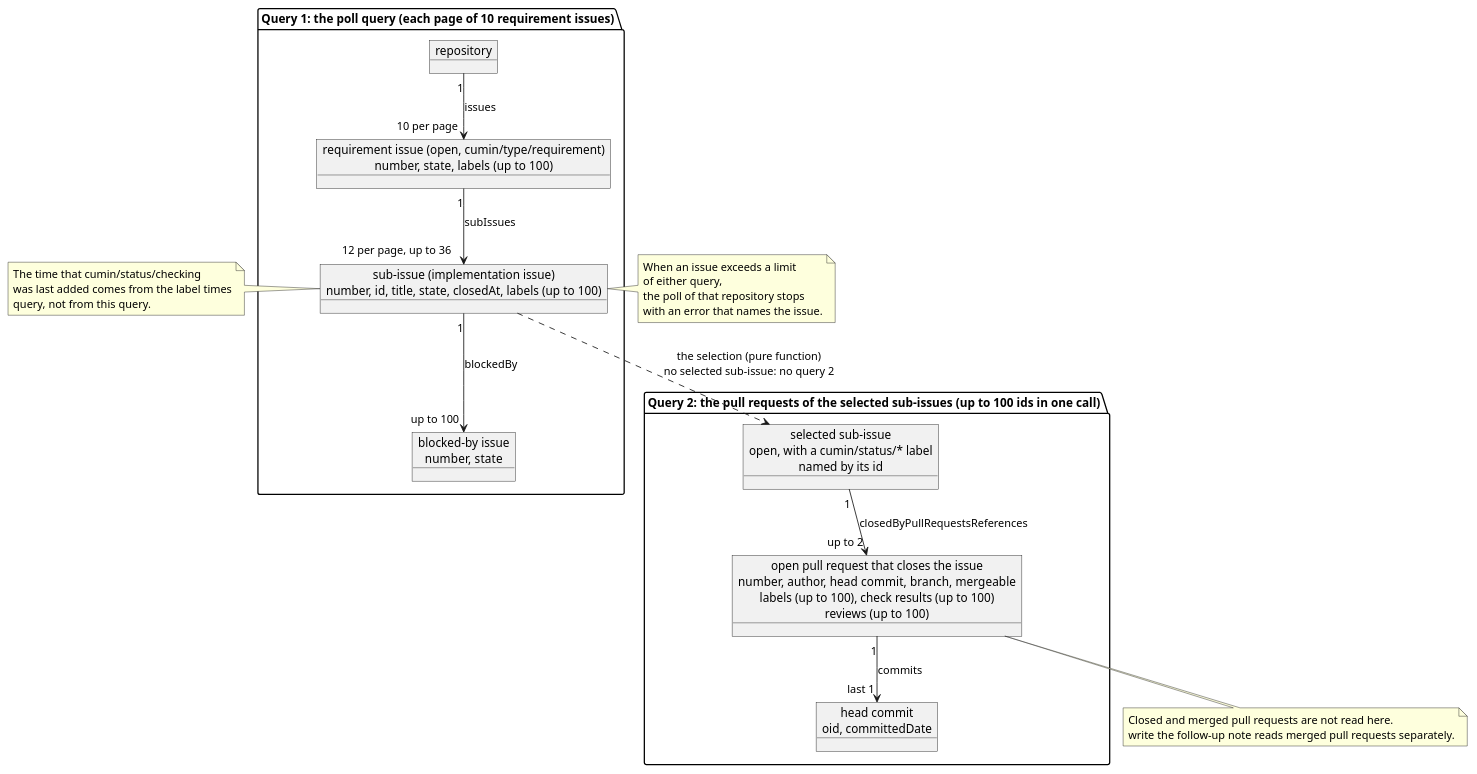
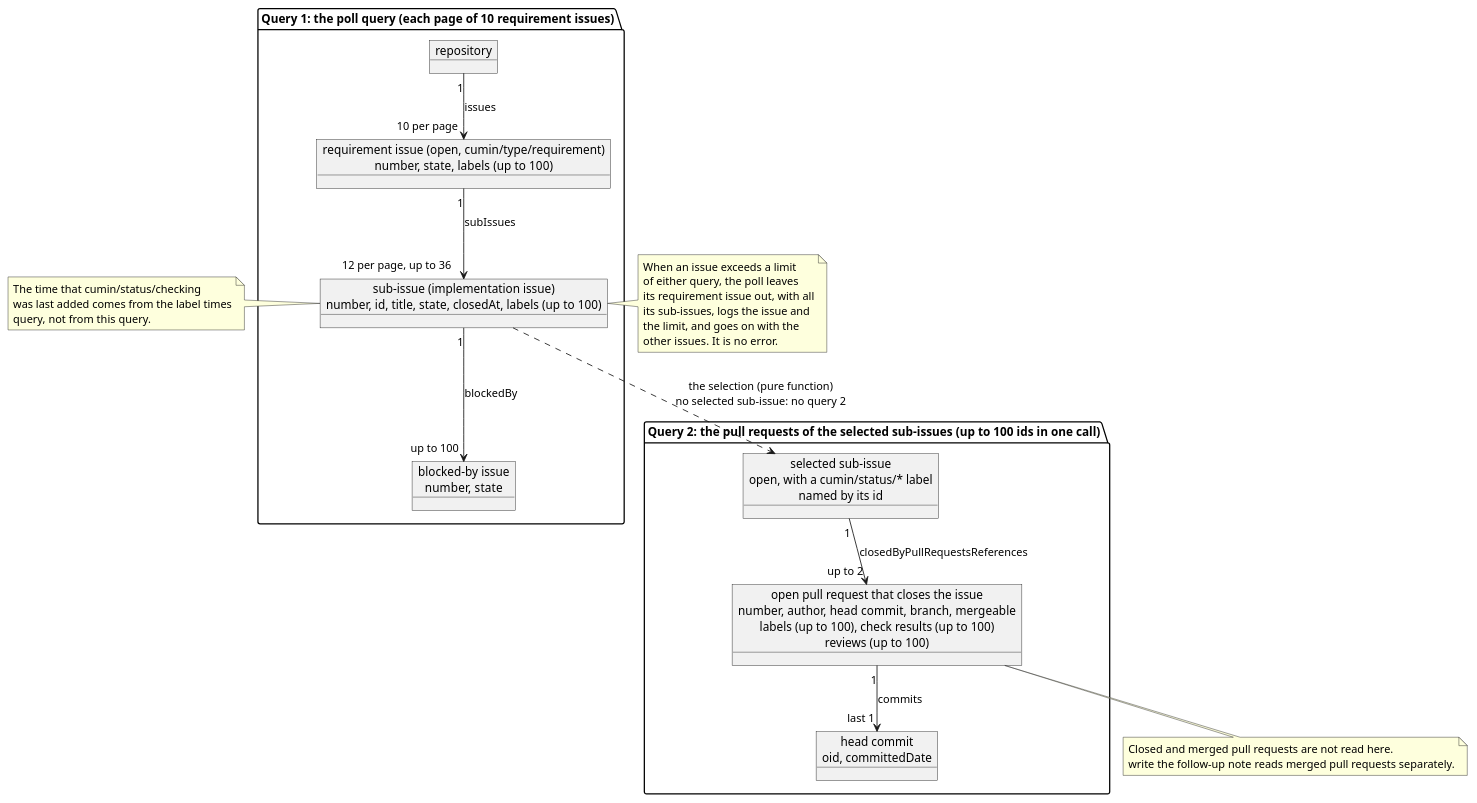
The diagram in docs/ja/designs/poll-snapshot.puml (cloveclovedev/cumin-works), drawn with PlantUML before and after one commit. The commit also changed 9 other files, not shown here.

First line of the commit message:
feat(workflow): go on with the poll when cumin cannot read one issue in full (#638)

```diff
--- a/docs/ja/designs/poll-snapshot.puml
+++ b/docs/ja/designs/poll-snapshot.puml
@@ -1,42 +1,44 @@
 @startuml poll-snapshot
 ' cumin works - what the two queries of a poll read: nested connections and their limits.
 ' Document: poll.md, section on what a poll reads.
 ' Render: run scripts/render-diagrams.sh at the root of the repository.
 skinparam shadowing false
 skinparam defaultFontName sans-serif
 
 package "Query 1: the poll query (each page of 10 requirement issues)" {
   object "repository" as repo
   object "requirement issue (open, cumin/type/requirement)\nnumber, state, labels (up to 100)" as req
   object "sub-issue (implementation issue)\nnumber, id, title, state, closedAt, labels (up to 100)" as sub
   object "blocked-by issue\nnumber, state" as blocker
 }
 package "Query 2: the pull requests of the selected sub-issues (up to 100 ids in one call)" {
   object "selected sub-issue\nopen, with a cumin/status/* label\nnamed by its id" as selected
   object "open pull request that closes the issue\nnumber, author, head commit, branch, mergeable\nlabels (up to 100), check results (up to 100)\nreviews (up to 100)" as pr
   object "head commit\noid, committedDate" as commit
 }
 
 repo "1" --> "10 per page" req : issues
 req "1" --> "12 per page, up to 36" sub : subIssues
 sub "1" --> "up to 100" blocker : blockedBy
 sub ..> selected : the selection (pure function)\nno selected sub-issue: no query 2
 selected "1" --> "up to 2" pr : closedByPullRequestsReferences
 pr "1" --> "last 1" commit : commits
 
 note bottom of pr
   Closed and merged pull requests are not read here.
   write the follow-up note reads merged pull requests separately.
 end note
 note left of sub
   The time that cumin/status/checking
   was last added comes from the label times
   query, not from this query.
 end note
 note right of sub
   When an issue exceeds a limit
-  of either query,
-  the poll of that repository stops
-  with an error that names the issue.
+  of either query, the poll leaves
+  its requirement issue out, with all
+  its sub-issues, logs the issue and
+  the limit, and goes on with the
+  other issues. It is no error.
 end note
 @enduml
```
